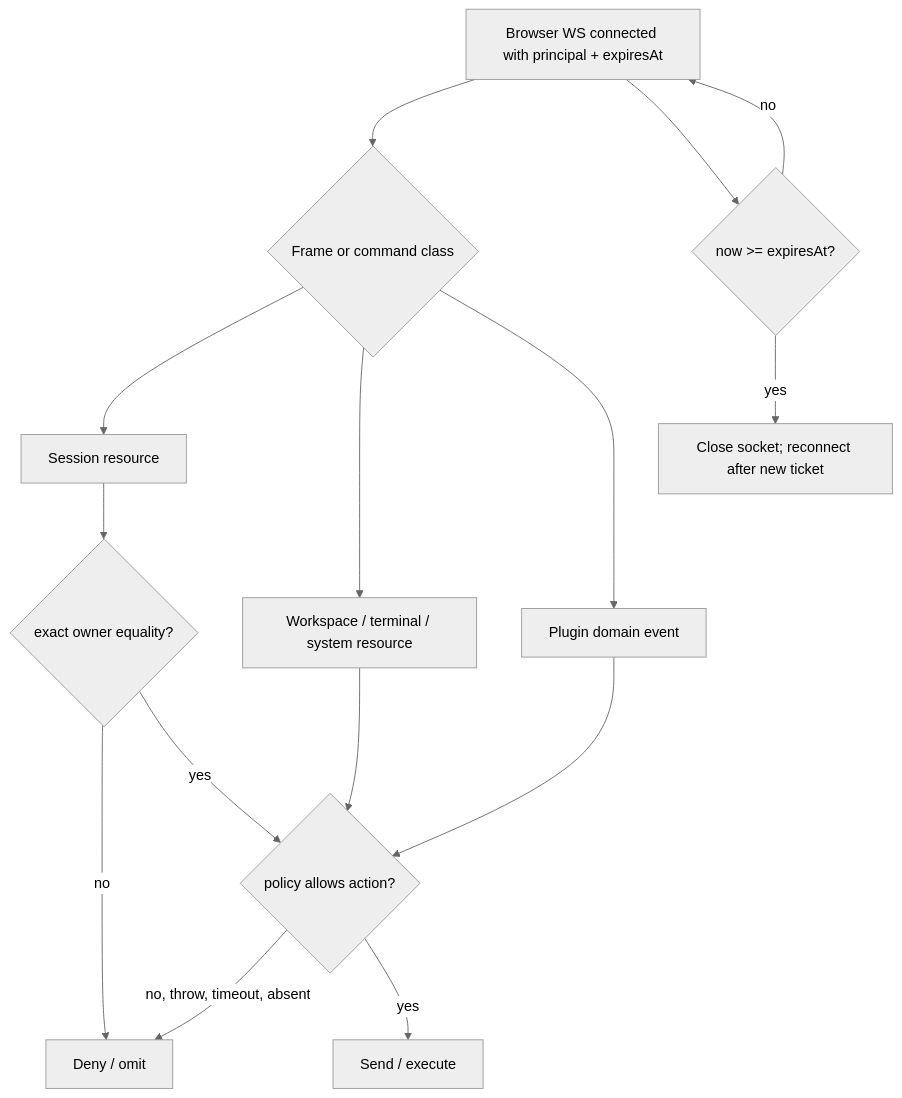
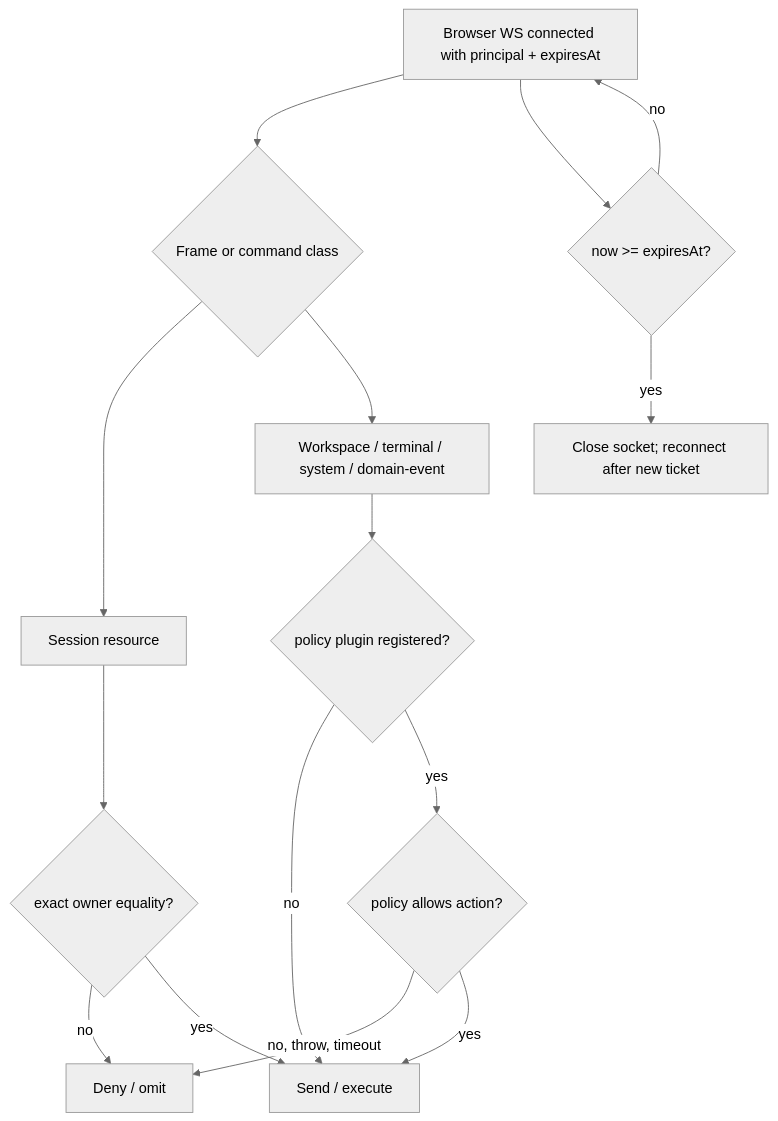
The second of 2 diagrams in openspec/changes/add-multi-user-identity-plane/design.md (BlackBeltTechnology/pi-agent-dashboard), drawn with Mermaid (neutral theme) before and after one commit. The commit also changed other lines of this file and 119 other files, not shown here.

````diff
--- a/openspec/changes/add-multi-user-identity-plane/design.md
+++ b/openspec/changes/add-multi-user-identity-plane/design.md
@@ -51,17 +55,17 @@
 ```mermaid
 flowchart TD
     C[Browser WS connected with principal + expiresAt] --> X{Frame or command class}
     X --> S[Session resource]
-    X --> G[Workspace / terminal / system resource]
-    X --> E[Plugin domain event]
+    X --> G[Workspace / terminal / system / domain-event]
     S --> O{exact owner equality?}
     O -- no --> DENY[Deny / omit]
-    O -- yes --> P{policy allows action?}
-    G --> P
-    E --> P
-    P -- no, throw, timeout, absent --> DENY
-    P -- yes --> ALLOW[Send / execute]
+    O -- yes --> ALLOW[Send / execute]
+    G --> Q{policy plugin registered?}
+    Q -- no --> ALLOW
+    Q -- yes --> P{policy allows action?}
+    P -- no, throw, timeout --> DENY
+    P -- yes --> ALLOW
     C --> T{now >= expiresAt?}
     T -- yes --> CLOSE[Close socket; reconnect after new ticket]
     T -- no --> C
 ```
````
